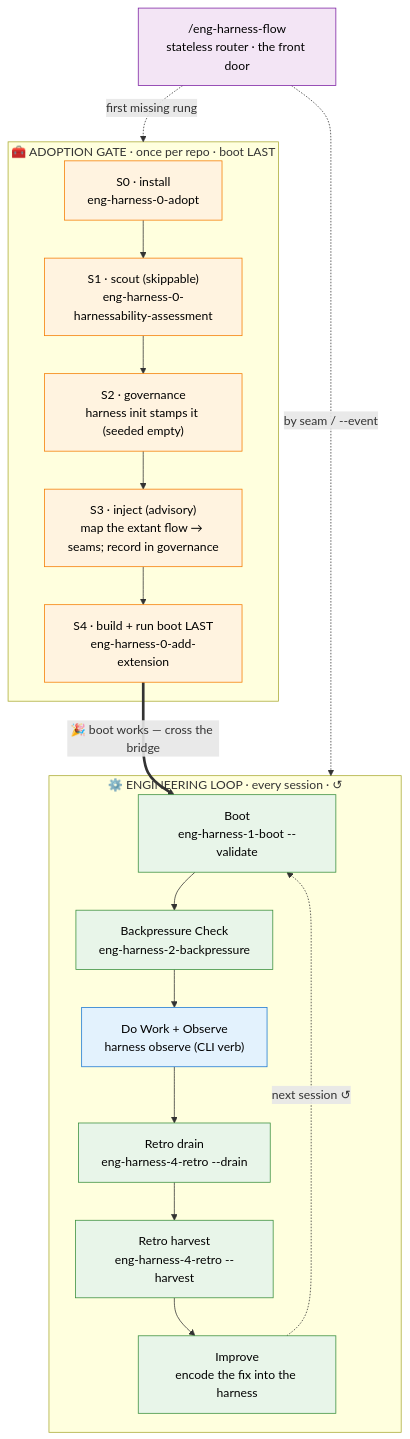
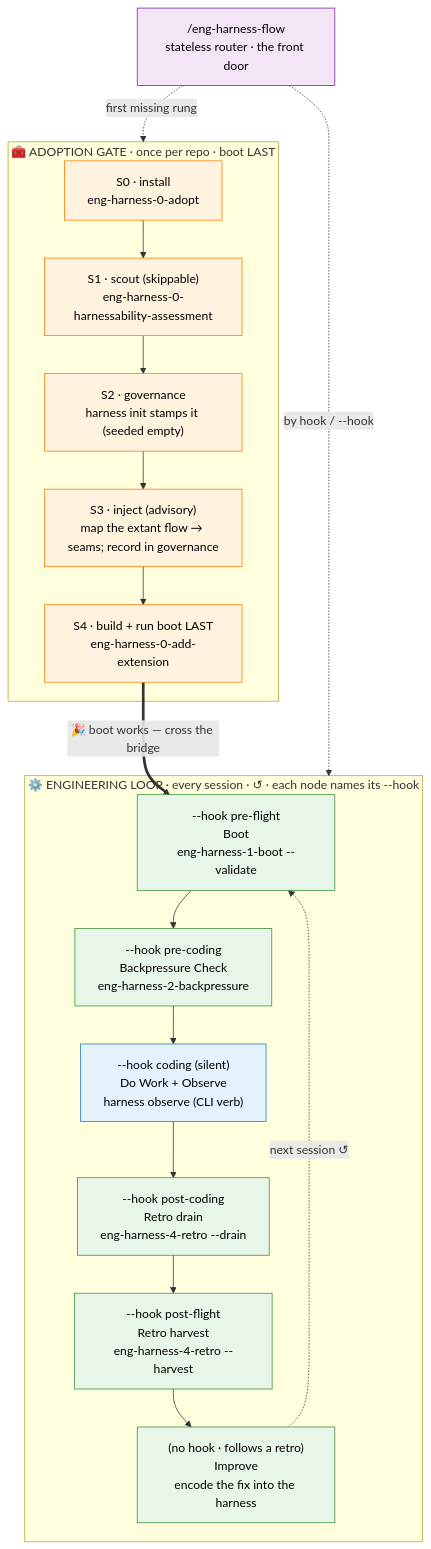
One commit to AI-Substrate/harness-engineering changed the first of 3 diagrams in skills/eng-harness-loop/eng-harness-flow/references/getting-started.md. Above: the diagram before and after it, drawn with Mermaid. The commit also changed other lines of this file and 26 other files, not shown here.

First line of the commit message:
feat(021): five neutral lifecycle hooks for eng-harness-flow (--hook/--hooks/--help) (#25)

````diff
--- a/skills/eng-harness-loop/eng-harness-flow/references/getting-started.md
+++ b/skills/eng-harness-loop/eng-harness-flow/references/getting-started.md
@@ -18,33 +20,33 @@
 ```mermaid
 flowchart TB
     classDef setup fill:#fff3e0,stroke:#f57c00,color:#000
     classDef loop fill:#e8f5e9,stroke:#388e3c,color:#000
     classDef router fill:#f3e5f5,stroke:#7b1fa2,color:#000
     classDef verb fill:#e3f2fd,stroke:#1976d2,color:#000
 
     R["/eng-harness-flow<br/>stateless router · the front door"]:::router
 
     subgraph setupzone["🧰 ADOPTION GATE · once per repo · boot LAST"]
         S0["S0 · install<br/>eng-harness-0-adopt"]:::setup
         S1["S1 · scout (skippable)<br/>eng-harness-0-harnessability-assessment"]:::setup
         S2["S2 · governance<br/>harness init stamps it (seeded empty)"]:::setup
         S3["S3 · inject (advisory)<br/>map the extant flow → seams; record in governance"]:::setup
         S4["S4 · build + run boot LAST<br/>eng-harness-0-add-extension"]:::setup
     end
 
-    subgraph loopzone["⚙️ ENGINEERING LOOP · every session · ↺"]
-        B["Boot<br/>eng-harness-1-boot --validate"]:::loop
-        BP["Backpressure Check<br/>eng-harness-2-backpressure"]:::loop
-        O["Do Work + Observe<br/>harness observe (CLI verb)"]:::verb
-        RD["Retro drain<br/>eng-harness-4-retro --drain"]:::loop
-        RH["Retro harvest<br/>eng-harness-4-retro --harvest"]:::loop
-        I["Improve<br/>encode the fix into the harness"]:::loop
+    subgraph loopzone["⚙️ ENGINEERING LOOP · every session · ↺ · each node names its --hook"]
+        B["--hook pre-flight<br/>Boot<br/>eng-harness-1-boot --validate"]:::loop
+        BP["--hook pre-coding<br/>Backpressure Check<br/>eng-harness-2-backpressure"]:::loop
+        O["--hook coding (silent)<br/>Do Work + Observe<br/>harness observe (CLI verb)"]:::verb
+        RD["--hook post-coding<br/>Retro drain<br/>eng-harness-4-retro --drain"]:::loop
+        RH["--hook post-flight<br/>Retro harvest<br/>eng-harness-4-retro --harvest"]:::loop
+        I["(no hook · follows a retro)<br/>Improve<br/>encode the fix into the harness"]:::loop
     end
 
     R -.->|first missing rung| setupzone
-    R -.->|by seam / --event| loopzone
+    R -.->|by hook / --hook| loopzone
     S0 --> S1 --> S2 --> S3 --> S4
     S4 ==>|"🎉 boot works — cross the bridge"| B
     B --> BP --> O --> RD --> RH --> I
     I -.->|next session ↺| B
 ```
````
